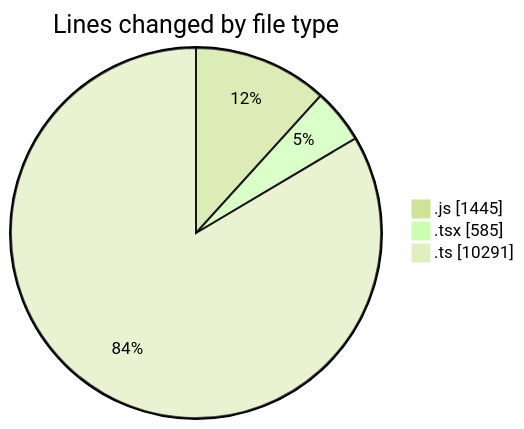
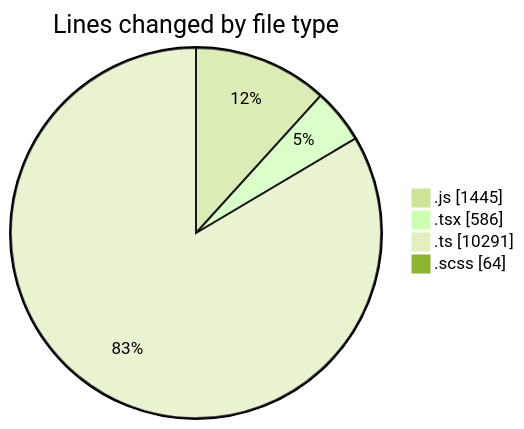
The first of 2 diagrams in 2025-03-13/cda/README.md (momahboobian/code-tracking), drawn with Mermaid (forest theme) before and after one commit. The commit also changed other lines of this file and 1 other file, not shown here.

````diff
--- a/2025-03-13/cda/README.md
+++ b/2025-03-13/cda/README.md
@@ -32,7 +33,8 @@
 ```mermaid
 pie showData
 title Lines changed by file type
 ".js" : 1445
-".tsx" : 585
+".tsx" : 586
 ".ts" : 10291
+".scss" : 64
 ```
````
